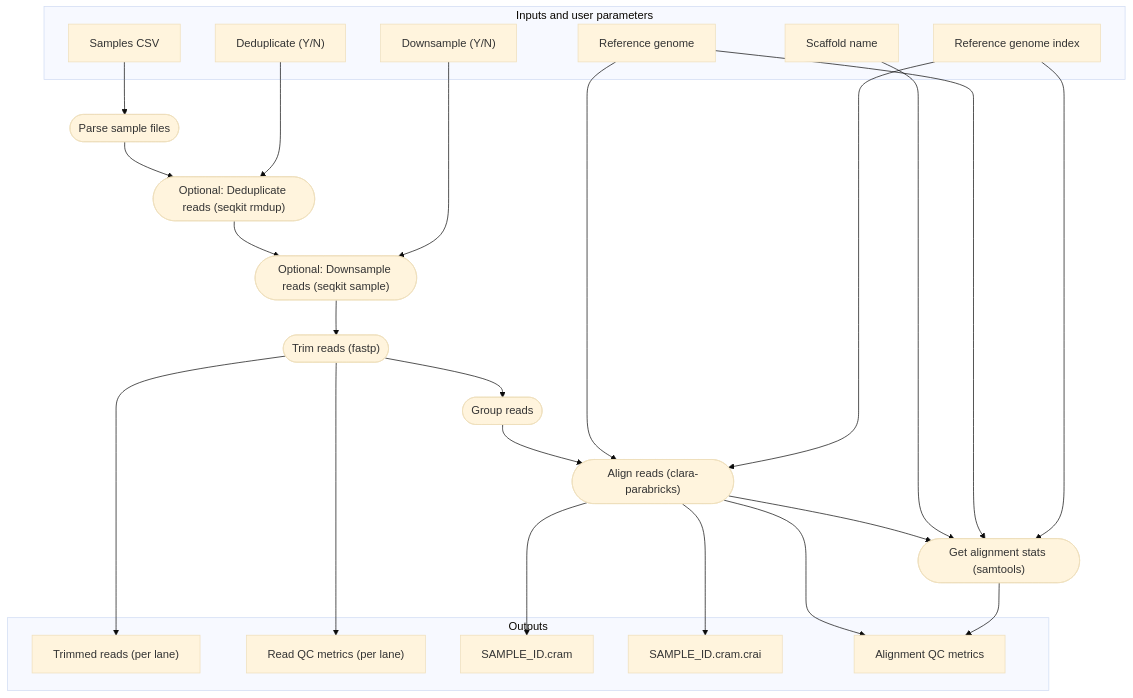
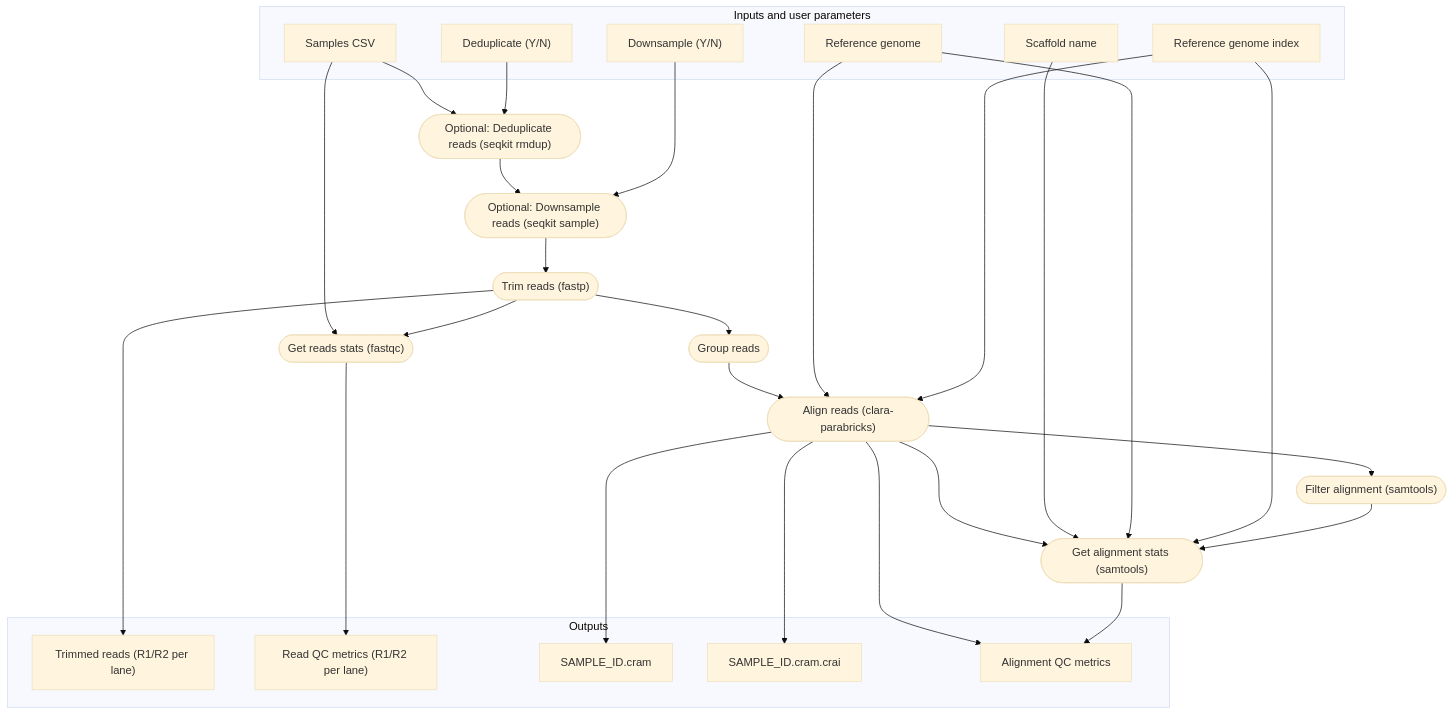
Before and after one commit to EcoEvoGenomics/genotyping_pipeline: the first of 4 diagrams in README.md, drawn with Mermaid (base theme). The commit also changed other lines of this file, not shown here.

````diff
--- a/README.md
+++ b/README.md
@@ -84,45 +81,49 @@
 ```mermaid
 flowchart TB
    subgraph "Inputs and user parameters"
    v0["Samples CSV"]
    v7["Downsample (Y/N)"]
    v4["Deduplicate (Y/N)"]
    v14["Reference genome"]
    v15["Reference genome index"]
    v18["Scaffold name"]
    end
-   v2(["Parse sample files"])
+   v2(["Get reads stats (fastqc)"])
    v5(["Optional: Deduplicate reads (seqkit rmdup)"])
    v8(["Optional: Downsample reads (seqkit sample)"])
    v10(["Trim reads (fastp)"])
    v12(["Group reads"])
    v16(["Align reads (clara-parabricks)"])
    v19(["Get alignment stats (samtools)"])
+   v25(["Filter alignment (samtools)"])
    v0 --> v2
-   v2 --> v5
+   v0 --> v5
    v5 --> v8
    v8 --> v10
+   v10 --> v2
    v10 --> v12
    v12 --> v16
    v14 --> v16
    v15 --> v16
    v16 --> v19
+   v16 --> v25
    v18 --> v19
    v14 --> v19
    v15 --> v19
+   v25 --> v19
    v4 --> v5
    v7 --> v8
    v10 --> v20
-   v10 --> v21
+   v2 --> v21
    v16 --> v22
    v16 --> v23
    v16 --> v24
    v19 --> v24
    subgraph "Outputs"
-   v20["Trimmed reads (per lane)"]
-   v21["Read QC metrics (per lane)"]
+   v20["Trimmed reads (R1/R2 per lane)"]
+   v21["Read QC metrics (R1/R2 per lane)"]
    v22["SAMPLE_ID.cram"]
    v23["SAMPLE_ID.cram.crai"]
    v24["Alignment QC metrics"]
    end
 ```
````
